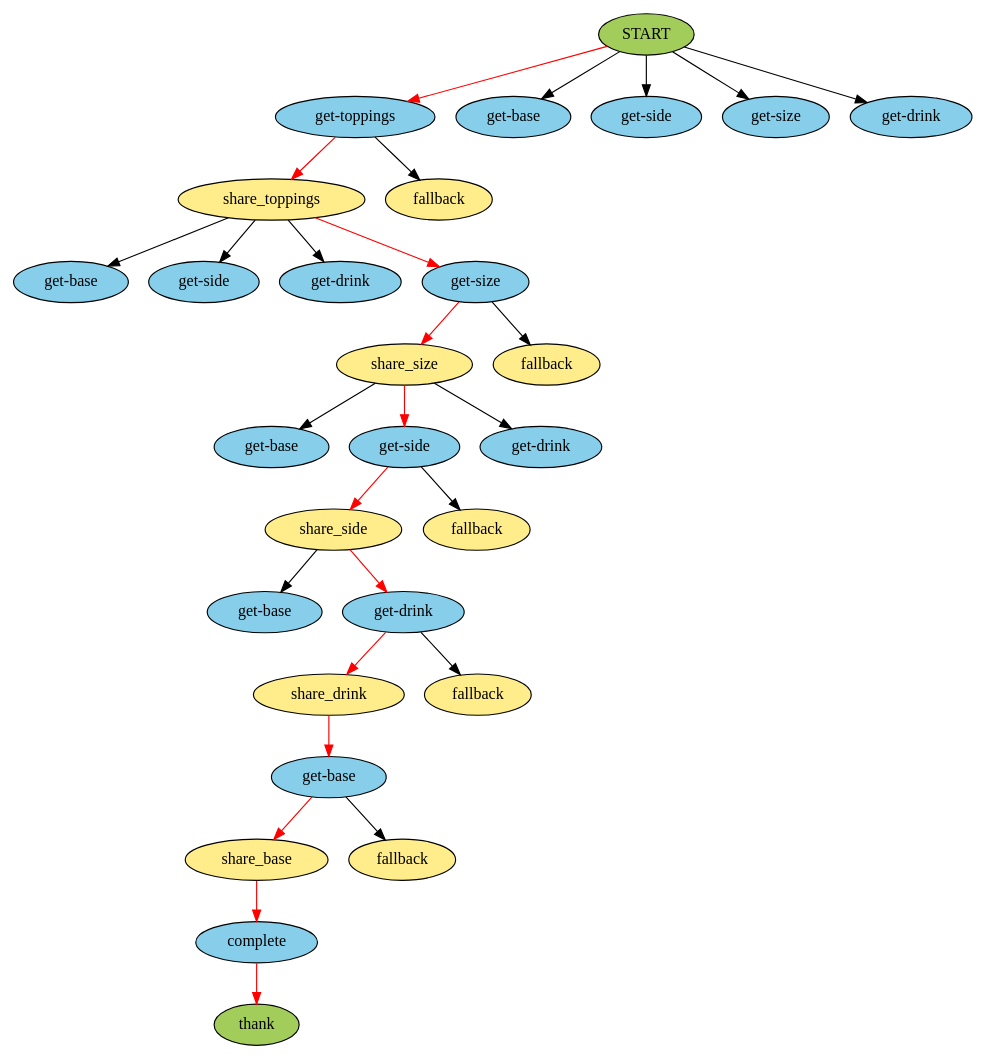
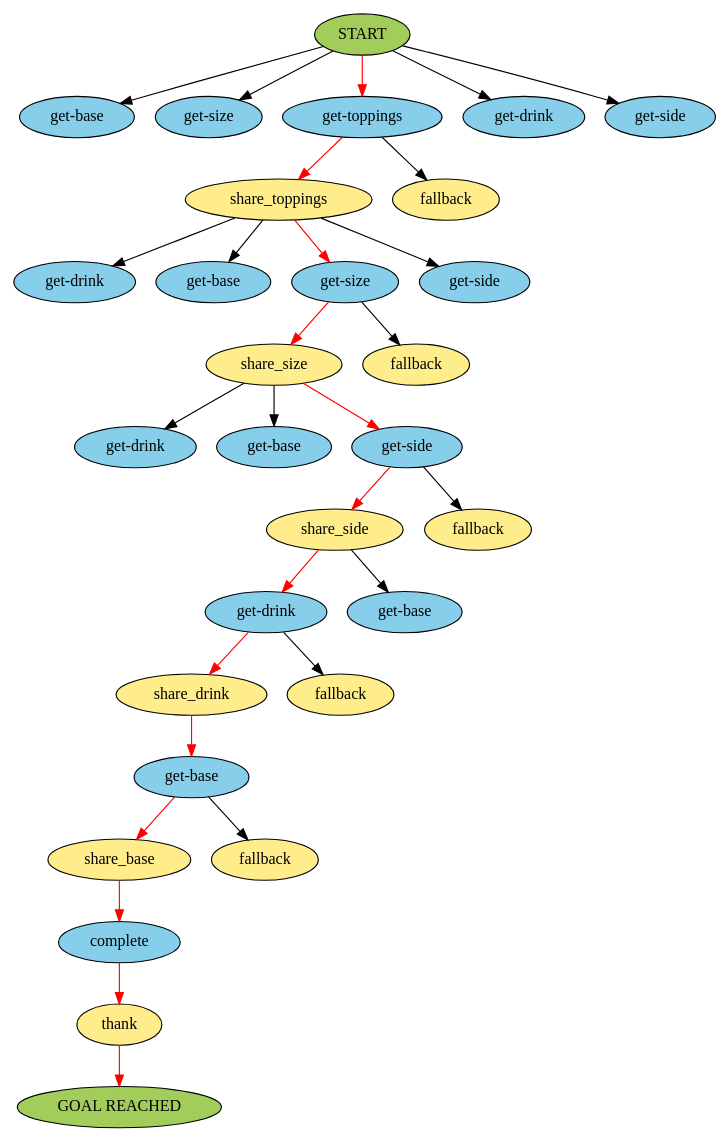
The diagram in rollout.gv (IBM/contingent-plan-executor), drawn with Graphviz before and after one commit. The commit also changed 3 other files, not shown here.

Commit message:
generalize graph creation

```diff
--- a/rollout.gv
+++ b/rollout.gv
@@ -1,69 +1,59 @@
-strict digraph {
+digraph {
 	0 [label=START fillcolor=darkolivegreen3 style=filled]
-	1 [label="get-toppings" fillcolor=skyblue style=filled]
-	0 -> 1
-	2 [label="get-base" fillcolor=skyblue style=filled]
-	0 -> 2
-	3 [label="get-side" fillcolor=skyblue style=filled]
-	0 -> 3
-	4 [label="get-size" fillcolor=skyblue style=filled]
-	0 -> 4
-	5 [label="get-drink" fillcolor=skyblue style=filled]
-	0 -> 5
-	0 -> 1 [color=red]
+	1 [label="get-base" fillcolor=skyblue style=filled]
+	0 -> 1 [color=black]
+	2 [label="get-size" fillcolor=skyblue style=filled]
+	0 -> 2 [color=black]
+	3 [label="get-toppings" fillcolor=skyblue style=filled]
+	0 -> 3 [color=red]
+	4 [label="get-drink" fillcolor=skyblue style=filled]
+	0 -> 4 [color=black]
+	5 [label="get-side" fillcolor=skyblue style=filled]
+	0 -> 5 [color=black]
 	6 [label=share_toppings fillcolor=lightgoldenrod1 style=filled]
-	1 -> 6
+	3 -> 6 [color=red]
 	7 [label=fallback fillcolor=lightgoldenrod1 style=filled]
-	1 -> 7
-	1 -> 6 [color=red]
-	8 [label="get-base" fillcolor=skyblue style=filled]
-	6 -> 8
-	9 [label="get-side" fillcolor=skyblue style=filled]
-	6 -> 9
-	10 [label="get-drink" fillcolor=skyblue style=filled]
-	6 -> 10
-	11 [label="get-size" fillcolor=skyblue style=filled]
-	6 -> 11
-	6 -> 11 [color=red]
+	3 -> 7 [color=black]
+	8 [label="get-drink" fillcolor=skyblue style=filled]
+	6 -> 8 [color=black]
+	9 [label="get-base" fillcolor=skyblue style=filled]
+	6 -> 9 [color=black]
+	10 [label="get-size" fillcolor=skyblue style=filled]
+	6 -> 10 [color=red]
+	11 [label="get-side" fillcolor=skyblue style=filled]
+	6 -> 11 [color=black]
 	12 [label=share_size fillcolor=lightgoldenrod1 style=filled]
-	11 -> 12
+	10 -> 12 [color=red]
 	13 [label=fallback fillcolor=lightgoldenrod1 style=filled]
-	11 -> 13
-	11 -> 12 [color=red]
-	14 [label="get-base" fillcolor=skyblue style=filled]
-	12 -> 14
-	15 [label="get-side" fillcolor=skyblue style=filled]
-	12 -> 15
-	16 [label="get-drink" fillcolor=skyblue style=filled]
-	12 -> 16
-	12 -> 15 [color=red]
+	10 -> 13 [color=black]
+	14 [label="get-drink" fillcolor=skyblue style=filled]
+	12 -> 14 [color=black]
+	15 [label="get-base" fillcolor=skyblue style=filled]
+	12 -> 15 [color=black]
+	16 [label="get-side" fillcolor=skyblue style=filled]
+	12 -> 16 [color=red]
 	17 [label=share_side fillcolor=lightgoldenrod1 style=filled]
-	15 -> 17
+	16 -> 17 [color=red]
 	18 [label=fallback fillcolor=lightgoldenrod1 style=filled]
-	15 -> 18
-	15 -> 17 [color=red]
-	19 [label="get-base" fillcolor=skyblue style=filled]
-	17 -> 19
-	20 [label="get-drink" fillcolor=skyblue style=filled]
-	17 -> 20
-	17 -> 20 [color=red]
+	16 -> 18 [color=black]
+	19 [label="get-drink" fillcolor=skyblue style=filled]
+	17 -> 19 [color=red]
+	20 [label="get-base" fillcolor=skyblue style=filled]
+	17 -> 20 [color=black]
 	21 [label=share_drink fillcolor=lightgoldenrod1 style=filled]
-	20 -> 21
+	19 -> 21 [color=red]
 	22 [label=fallback fillcolor=lightgoldenrod1 style=filled]
-	20 -> 22
-	20 -> 21 [color=red]
+	19 -> 22 [color=black]
 	23 [label="get-base" fillcolor=skyblue style=filled]
-	21 -> 23
 	21 -> 23 [color=red]
 	24 [label=share_base fillcolor=lightgoldenrod1 style=filled]
-	23 -> 24
+	23 -> 24 [color=red]
 	25 [label=fallback fillcolor=lightgoldenrod1 style=filled]
-	23 -> 25
-	23 -> 24 [color=red]
+	23 -> 25 [color=black]
 	26 [label=complete fillcolor=skyblue style=filled]
-	24 -> 26
 	24 -> 26 [color=red]
 	27 [label=thank fillcolor=lightgoldenrod1 style=filled]
 	26 -> 27 [color=red]
-	27 [label=thank fillcolor=darkolivegreen3 style=filled]
+	28 [label="GOAL REACHED" fillcolor=darkolivegreen3 style=filled]
+	27 -> 28 [color=red]
 }
```
